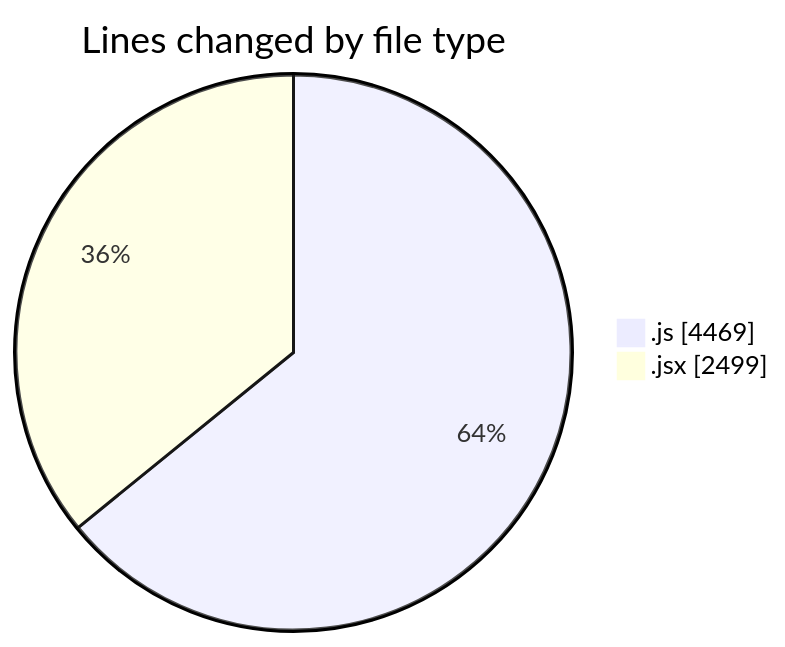
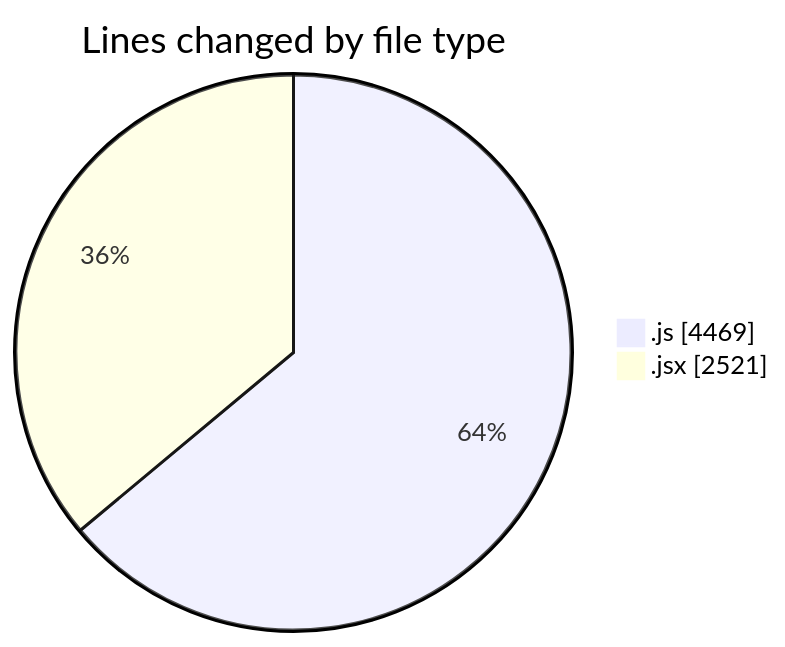
One commit to nxtqubesakshisongat/code-tracking changed the first of 2 diagrams in 2025-08-13/nxtqube_webapp/README.md. Above: the diagram before and after it, drawn with Mermaid. The commit also changed other lines of this file and 1 other file, not shown here.

````diff
--- a/2025-08-13/nxtqube_webapp/README.md
+++ b/2025-08-13/nxtqube_webapp/README.md
@@ -26,6 +26,6 @@
 ```mermaid
 pie showData
 title Lines changed by file type
 ".js" : 4469
-".jsx" : 2499
+".jsx" : 2521
 ```
````
